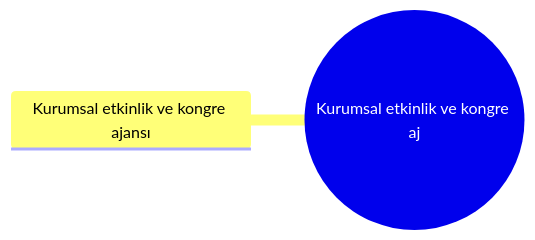
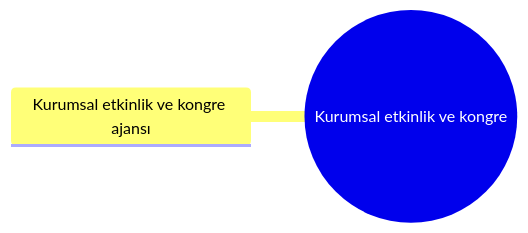
Before and after one commit to sametkarabulut-dev/xfuturepos-v2: the diagram in 02 İşletmeler/16 Etkinlik & Organizasyon/Kurumsal etkinlik ve kongre ajansı/Dal – Kurumsal etkinlik ve kongre ajansı.md, drawn with Mermaid. The commit also changed other lines of this file and 241 other files, not shown here.

````diff
--- a/02 İşletmeler/16 Etkinlik & Organizasyon/Kurumsal etkinlik ve kongre ajansı/Dal – Kurumsal etkinlik ve kongre ajansı.md
+++ b/02 İşletmeler/16 Etkinlik & Organizasyon/Kurumsal etkinlik ve kongre ajansı/Dal – Kurumsal etkinlik ve kongre ajansı.md
@@ -22,5 +22,5 @@
 ```mermaid
 mindmap
-  root((Kurumsal etkinlik ve kongre aj))
+  root((Kurumsal etkinlik ve kongre ))
     Kurumsal etkinlik ve kongre ajansı
 ```
````
